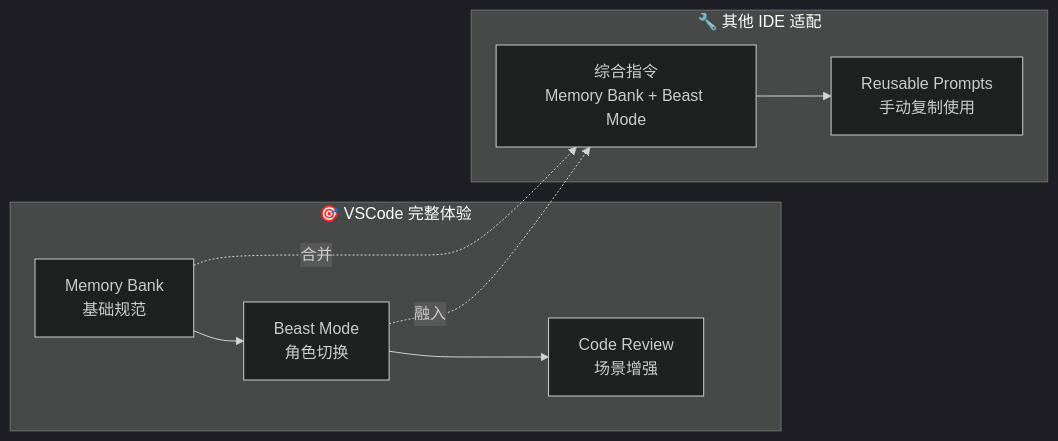
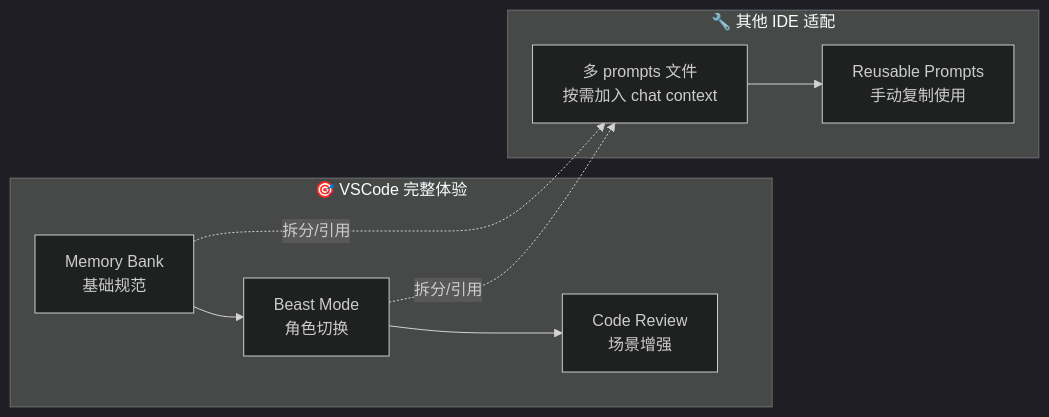
One commit to ghcpSharing/library changed the third of 4 diagrams in guides/打造AWESOME-Copilot指南.md. Above: the diagram before and after it, drawn with Mermaid (dark theme). The commit also changed other lines of this file, not shown here.

````diff
--- a/guides/打造AWESOME-Copilot指南.md
+++ b/guides/打造AWESOME-Copilot指南.md
@@ -160,21 +160,21 @@
 ```mermaid
 graph LR
     subgraph "🎯 VSCode 完整体验"
         VSC_CI[Memory Bank<br/>基础规范]
         VSC_CM[Beast Mode<br/>角色切换]
         VSC_RP[Code Review<br/>场景增强]
         
         VSC_CI --> VSC_CM
         VSC_CM --> VSC_RP
     end
     
     subgraph "🔧 其他 IDE 适配"
-        OTHER_CI[综合指令<br/>Memory Bank + Beast Mode]
+        OTHER_PROMPTS[多 prompts 文件<br/>按需加入 chat context]
         OTHER_RP[Reusable Prompts<br/>手动复制使用]
         
-        OTHER_CI --> OTHER_RP
+        OTHER_PROMPTS --> OTHER_RP
     end
     
-    VSC_CI -.->|合并| OTHER_CI
-    VSC_CM -.->|融入| OTHER_CI
+    VSC_CI -.->|拆分/引用| OTHER_PROMPTS
+    VSC_CM -.->|拆分/引用| OTHER_PROMPTS
 ```
````
